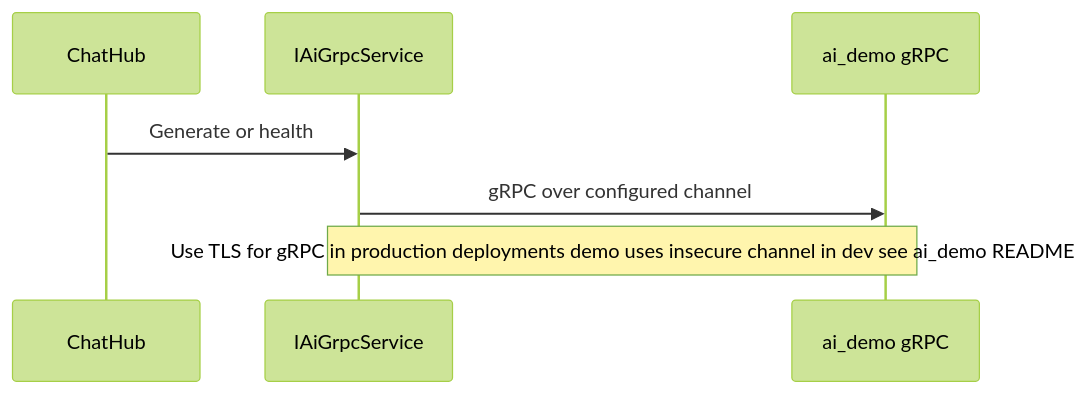
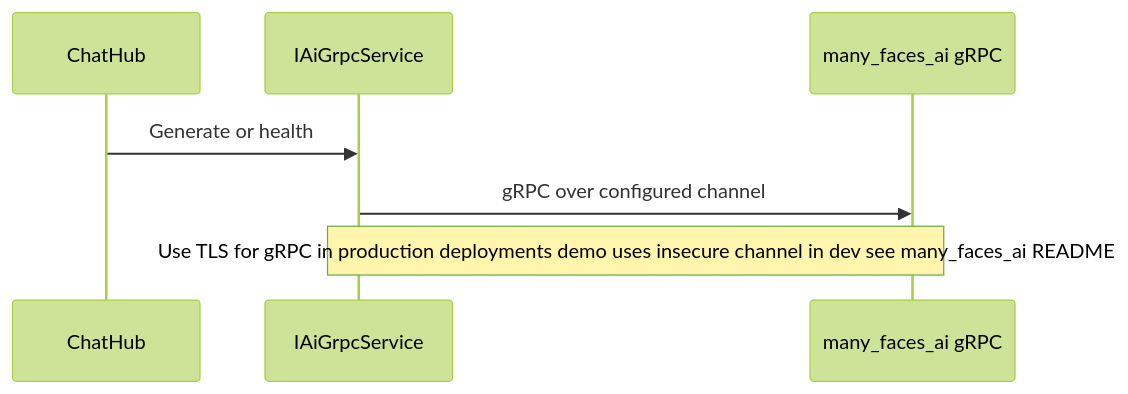
Before and after one commit to 01laky/mfai_demo: the ninth of 10 diagrams in docs/guides/security-crypto-sockets.md, drawn with Mermaid (forest theme). The commit also changed other lines of this file and 56 other files, not shown here.

First line of the commit message:
chore: rename submodule directories to many_faces_* paths

````diff
--- a/docs/guides/security-crypto-sockets.md
+++ b/docs/guides/security-crypto-sockets.md
@@ -356,10 +356,10 @@
 ```mermaid
 sequenceDiagram
   participant Hub as ChatHub
   participant G as IAiGrpcService
-  participant AI as ai_demo gRPC
+  participant AI as many_faces_ai gRPC
 
   Hub->>G: Generate or health
   G->>AI: gRPC over configured channel
-  Note over G,AI: Use TLS for gRPC in production deployments demo uses insecure channel in dev see ai_demo README
+  Note over G,AI: Use TLS for gRPC in production deployments demo uses insecure channel in dev see many_faces_ai README
 ```
````
